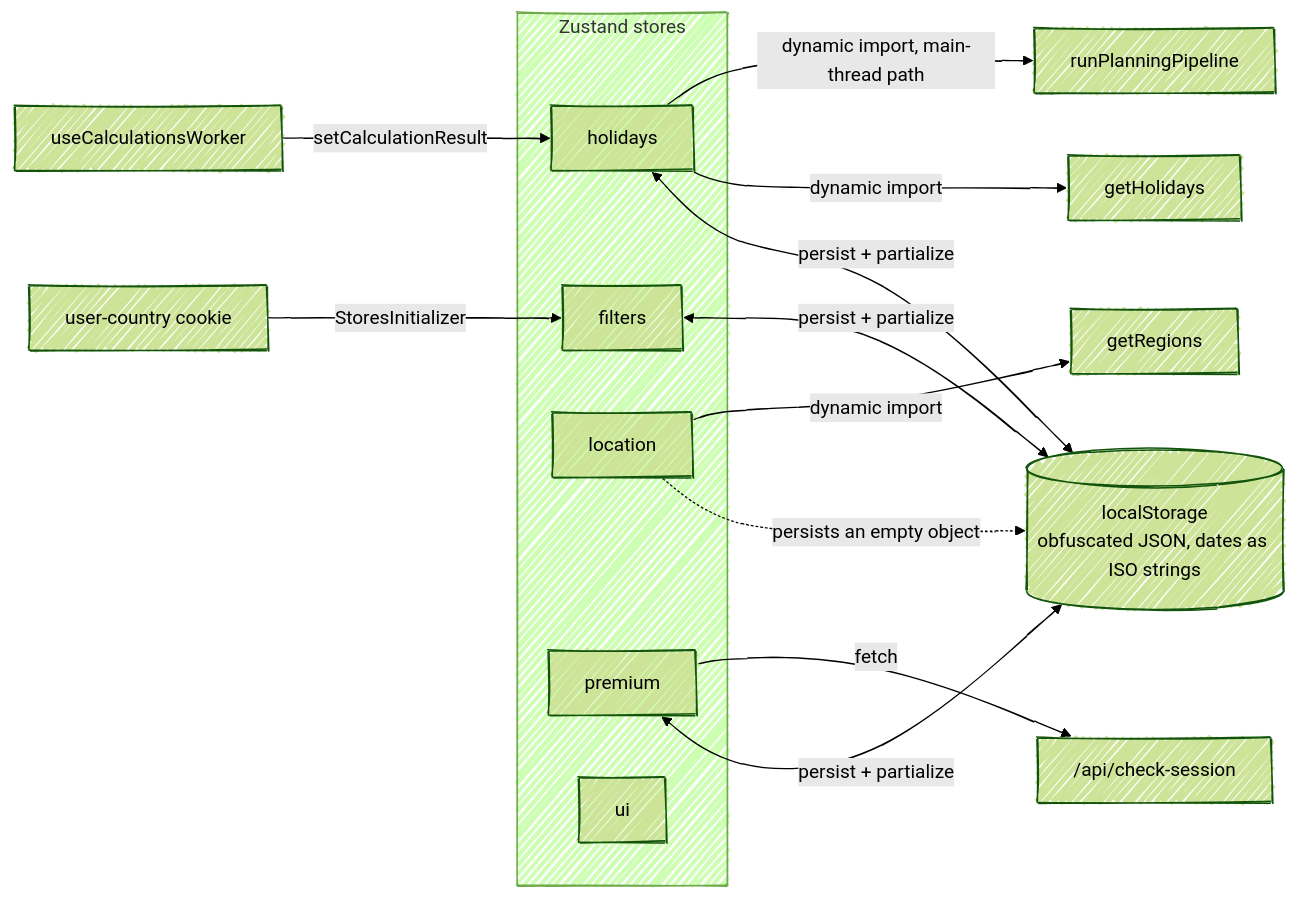
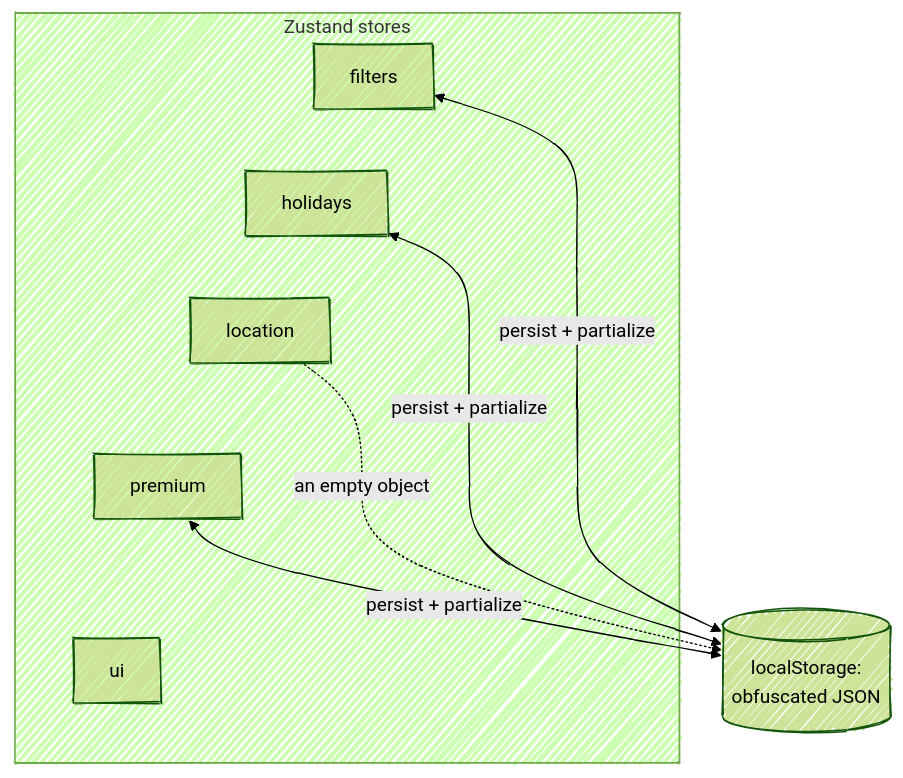
Before and after one commit to fbuireu/forever-pto: the first of 2 diagrams in apps/docs/src/content/docs/how-it-works/state-stores.mdx, drawn with Mermaid (forest theme). The commit also changed other lines of this file and 16 other files, not shown here.

First line of the commit message:
docs(docs): fix how-it-works drift and rework the diagrams to read at column width

````diff
--- a/apps/docs/src/content/docs/how-it-works/state-stores.mdx
+++ b/apps/docs/src/content/docs/how-it-works/state-stores.mdx
@@ -9,24 +9,19 @@
 ```mermaid
 ---
 config:
   look: handDrawn
   layout: dagre
 ---
-flowchart LR
+flowchart TB
   subgraph stores [Zustand stores]
     F[filters]
     H[holidays]
     L[location]
     P[premium]
     U[ui]
+    F ~~~ H ~~~ L ~~~ P ~~~ U
   end
-  LS[("localStorage<br/>obfuscated JSON, dates as ISO strings")]
-  F & H & P <-->|persist + partialize| LS
-  L -.->|persists an empty object| LS
-  H -->|dynamic import| GH[getHolidays]
-  H -->|dynamic import, main-thread path| PIPE[runPlanningPipeline]
-  W[useCalculationsWorker] -->|setCalculationResult| H
-  L -->|dynamic import| GC[getRegions]
-  P -->|fetch| CS["/api/check-session"]
-  CK[user-country cookie] -->|StoresInitializer| F
+  LS[("localStorage:<br/>obfuscated JSON")]
+  F & H & P <-->|"persist + partialize"| LS
+  L -.->|"an empty object"| LS
 ```
````
